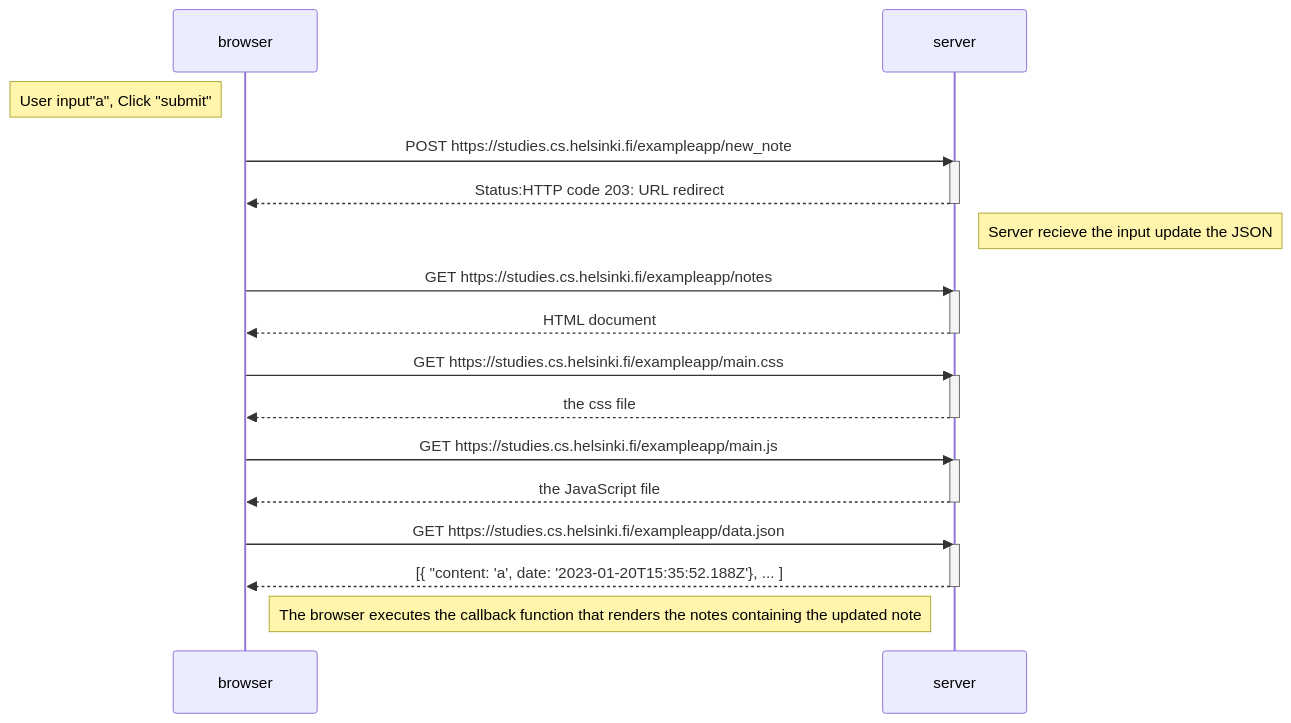
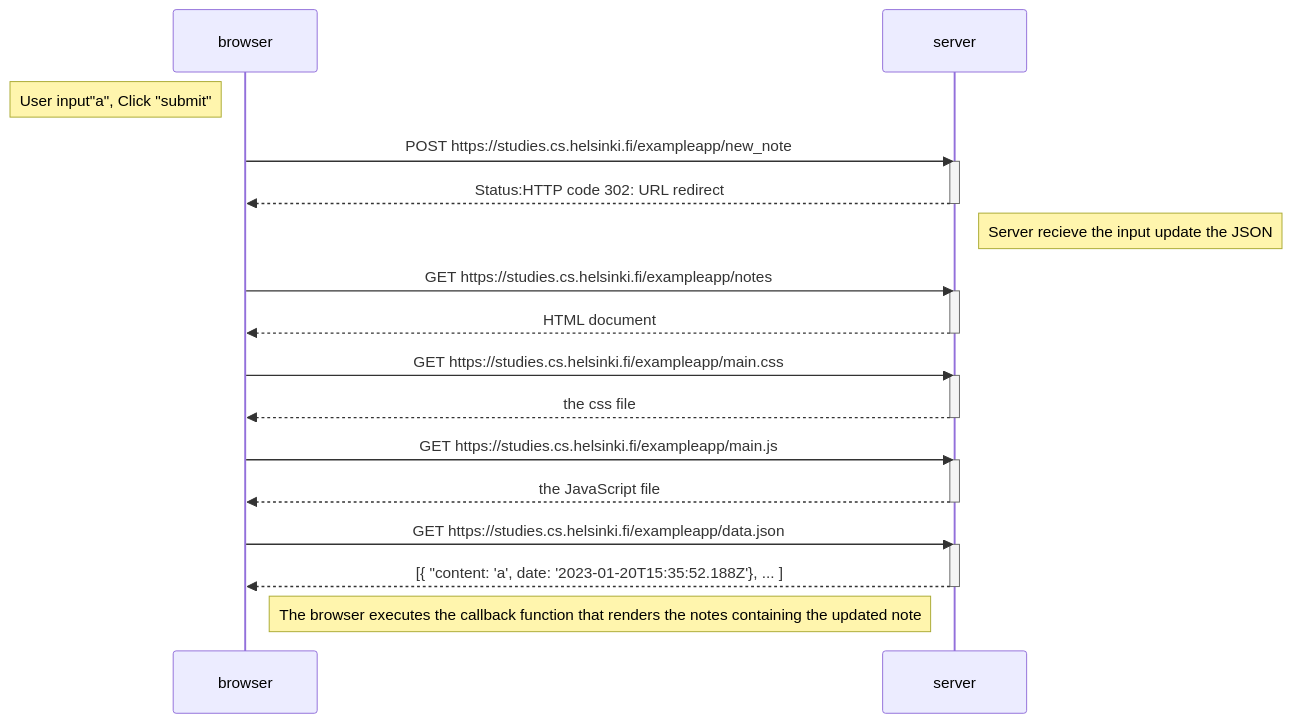
One commit to junrudong/fullstack-hy2020 changed the diagram in Part0/Part0_Excercise4.md. Above: the diagram before and after it, drawn with Mermaid.

````diff
--- a/Part0/Part0_Excercise4.md
+++ b/Part0/Part0_Excercise4.md
@@ -3,37 +3,37 @@
 ```mermaid
 sequenceDiagram
 
     participant browser
     participant server
     
     Note left of browser: User input"a", Click "submit"
     browser->>server: POST https://studies.cs.helsinki.fi/exampleapp/new_note
     activate server
-    server-->>browser: Status:HTTP code 203: URL redirect
+    server-->>browser: Status:HTTP code 302: URL redirect
     deactivate server
 
    
     Note right of server: Server recieve the input update the JSON
 
     browser->>server: GET https://studies.cs.helsinki.fi/exampleapp/notes
     activate server
     server-->>browser: HTML document
     deactivate server
     
     browser->>server: GET https://studies.cs.helsinki.fi/exampleapp/main.css
     activate server
     server-->>browser: the css file
     deactivate server
     
     browser->>server: GET https://studies.cs.helsinki.fi/exampleapp/main.js
     activate server
     server-->>browser: the JavaScript file
     deactivate server
         
     browser->>server: GET https://studies.cs.helsinki.fi/exampleapp/data.json
     activate server
     server-->>browser: [{ "content: 'a', date: '2023-01-20T15:35:52.188Z'}, ... ]
     deactivate server       
 
     Note right of browser: The browser executes the callback function that renders the notes containing the updated note
 ```
````
